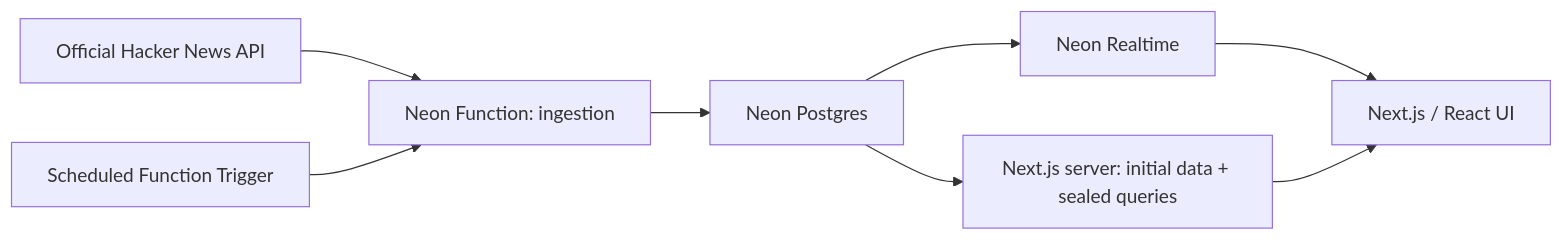
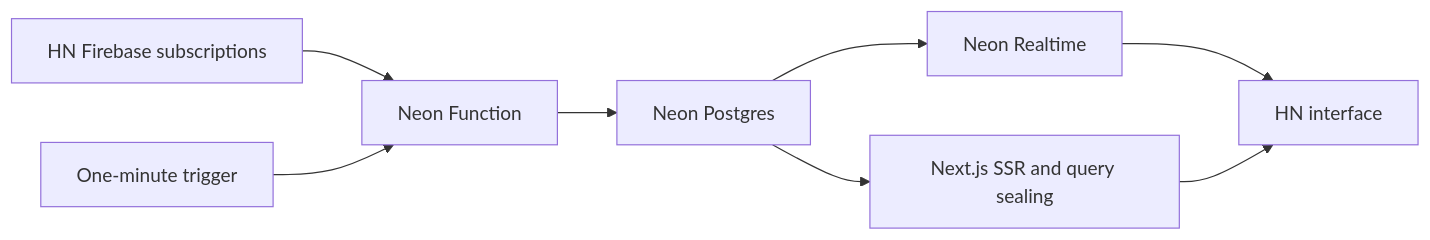
One commit to samwillis/hackernews-realtime changed the diagram in README.md. Above: the diagram before and after it, drawn with Mermaid. The commit also changed other lines of this file and 49 other files, not shown here.

Commit message:
Build realtime Hacker News demo with fenced ingestion

````diff
--- a/README.md
+++ b/README.md
@@ -14,10 +37,10 @@
 ```mermaid
 flowchart LR
-    HN["Official Hacker News API"] --> Ingest["Neon Function: ingestion"]
-    Trigger["Scheduled Function Trigger"] --> Ingest
-    Ingest --> DB["Neon Postgres"]
-    DB --> Realtime["Neon Realtime"]
-    Realtime --> UI["Next.js / React UI"]
-    App["Next.js server: initial data + sealed queries"] --> UI
-    DB --> App
+  HN[HN Firebase subscriptions] --> Function[Neon Function]
+  Schedule[One-minute trigger] --> Function
+  Function --> PG[Neon Postgres]
+  PG --> RT[Neon Realtime]
+  RT --> Browser[HN interface]
+  PG --> Next[Next.js SSR and query sealing]
+  Next --> Browser
 ```
````
